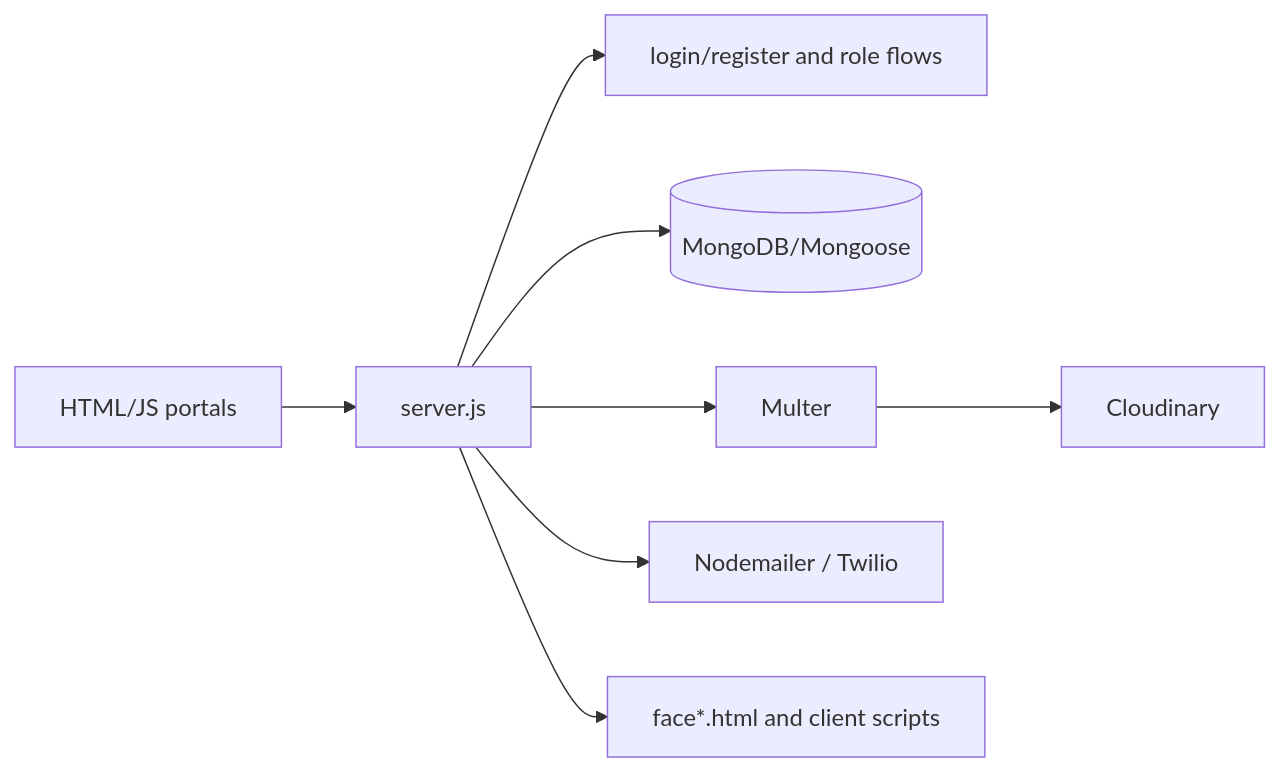
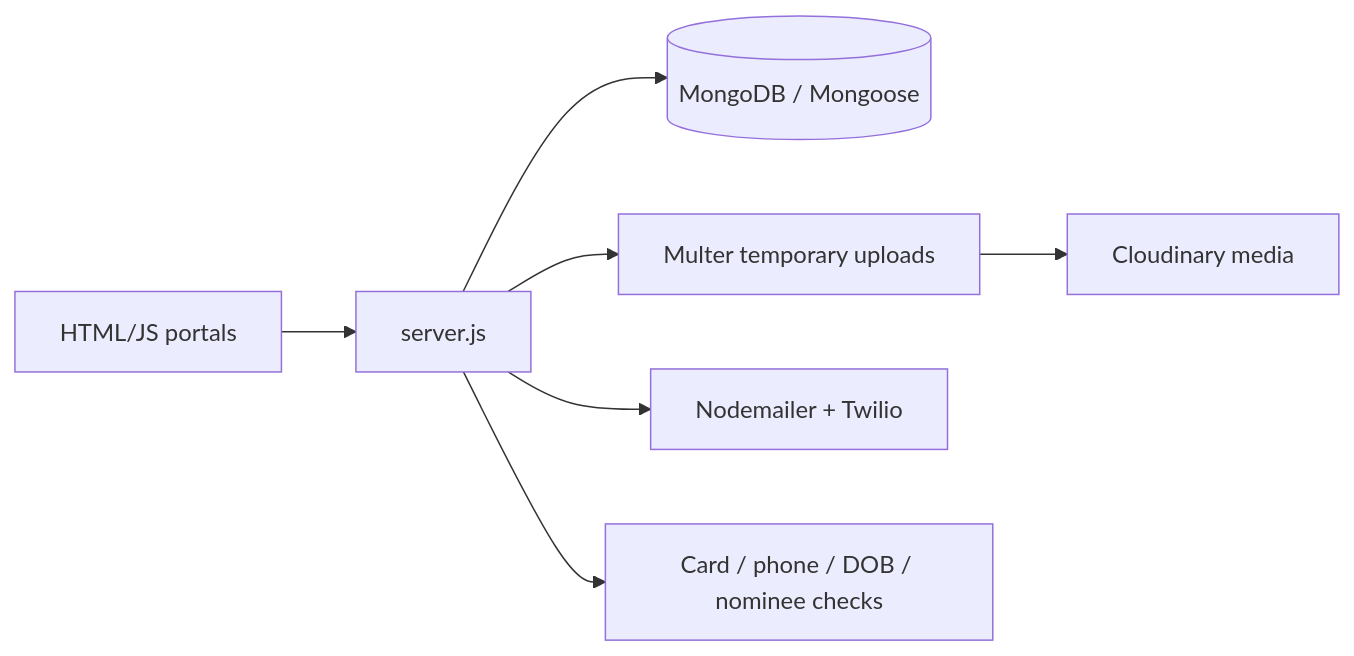
The diagram in README.md (Majenayu/Gram-Verify), drawn with Mermaid before and after one commit. The commit also changed other lines of this file, not shown here.

````diff
--- a/README.md
+++ b/README.md
@@ -7,10 +7,9 @@
 ```mermaid
 flowchart LR
-  Portal[HTML/JS portals] --> Express[server.js]
-  Express --> Auth[login/register and role flows]
-  Express --> Mongo[(MongoDB/Mongoose)]
-  Express --> Upload[Multer]
-  Upload --> Cloudinary[Cloudinary]
-  Express --> Notify[Nodemailer / Twilio]
-  Express --> Face[face*.html and client scripts]
+  Pages[HTML/JS portals] --> Express[server.js]
+  Express --> Mongo[(MongoDB / Mongoose)]
+  Express --> Upload[Multer temporary uploads]
+  Upload --> Cloudinary[Cloudinary media]
+  Express --> Notify[Nodemailer + Twilio]
+  Express --> Verify[Card / phone / DOB / nominee checks]
 ```
````
